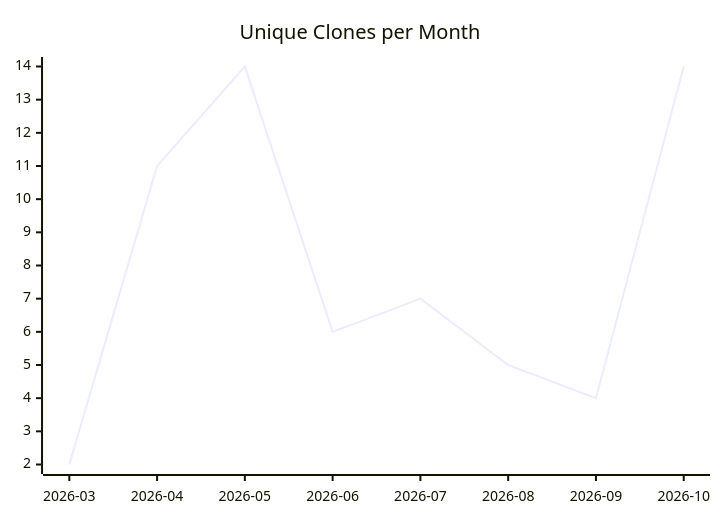
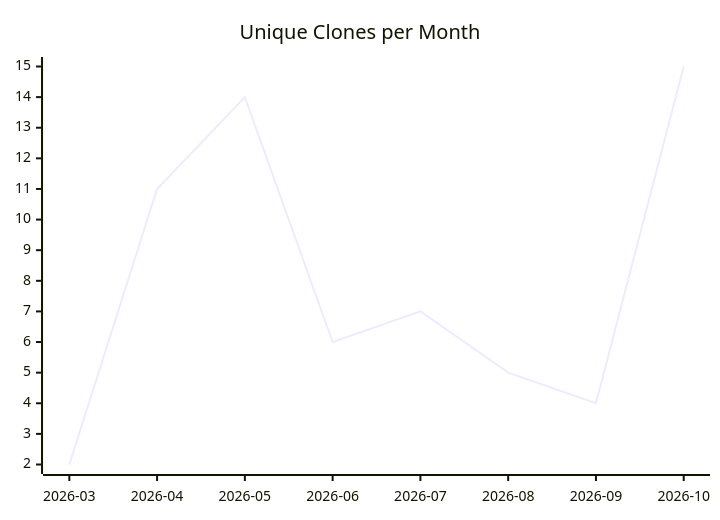
Before and after one commit to justdavis-family/github-analytics-data: the third of 3 diagrams in karlmdavis/m2e-core/README.md, drawn with Mermaid. The commit also changed other lines of this file and 199 other files, not shown here.

````diff
--- a/karlmdavis/m2e-core/README.md
+++ b/karlmdavis/m2e-core/README.md
@@ -19,6 +19,6 @@
 ```mermaid
 xychart-beta
   title "Unique Clones per Month"
   x-axis ["2026-03", "2026-04", "2026-05", "2026-06", "2026-07", "2026-08", "2026-09", "2026-10"]
-  line [2, 11, 14, 6, 7, 5, 4, 14]
+  line [2, 11, 14, 6, 7, 5, 4, 15]
 ```
````
